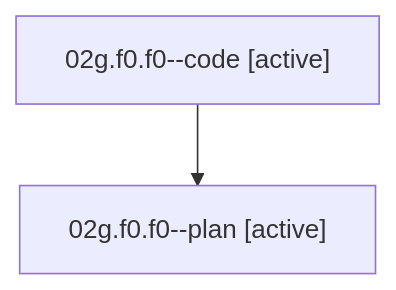
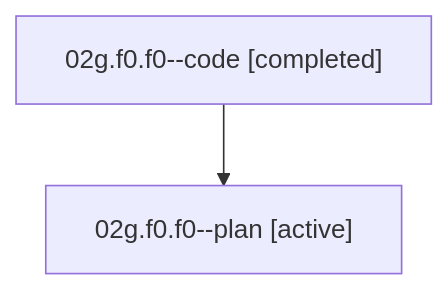
Before and after one commit to bobs-org/bob-cli--agents: the diagram in sessions/bbugyi200.athena.02g.f0.f0.md, drawn with Mermaid. The commit also changed other lines of this file and 27 other files, not shown here.

````diff
--- a/sessions/bbugyi200.athena.02g.f0.f0.md
+++ b/sessions/bbugyi200.athena.02g.f0.f0.md
@@ -9,6 +9,6 @@
 ```mermaid
 flowchart TD
-  n0["02g.f0.f0--code [active]"]
+  n0["02g.f0.f0--code [completed]"]
   n1["02g.f0.f0--plan [active]"]
   n0 --> n1
 ```
````
